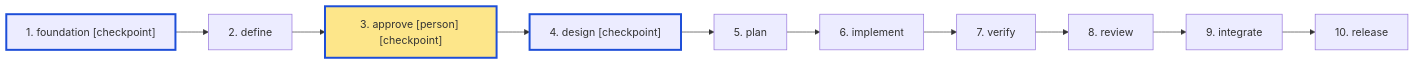
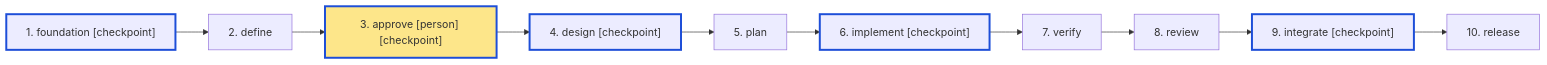
The diagram in docs/flow.md (luiscdz/car-insurance), drawn with Mermaid before and after one commit. The commit also changed other lines of this file and 10 other files, not shown here.

First line of the commit message:
chore(flow): agree project flow with owner checkpoints

````diff
--- a/docs/flow.md
+++ b/docs/flow.md
@@ -30,18 +38,18 @@
 ```mermaid
 flowchart LR
   S1["1. foundation [checkpoint]"]
   S2["2. define"]
   S3["3. approve [person] [checkpoint]"]
   S4["4. design [checkpoint]"]
   S5["5. plan"]
-  S6["6. implement"]
+  S6["6. implement [checkpoint]"]
   S7["7. verify"]
   S8["8. review"]
-  S9["9. integrate"]
+  S9["9. integrate [checkpoint]"]
   S10["10. release"]
   S1 --> S2 --> S3 --> S4 --> S5 --> S6 --> S7 --> S8 --> S9 --> S10
   classDef person fill:#fde68a,stroke:#92400e;
   classDef checkpoint stroke:#1d4ed8,stroke-width:3px;
   class S3 person;
-  class S1,S3,S4 checkpoint;
+  class S1,S3,S4,S6,S9 checkpoint;
 ```
````
